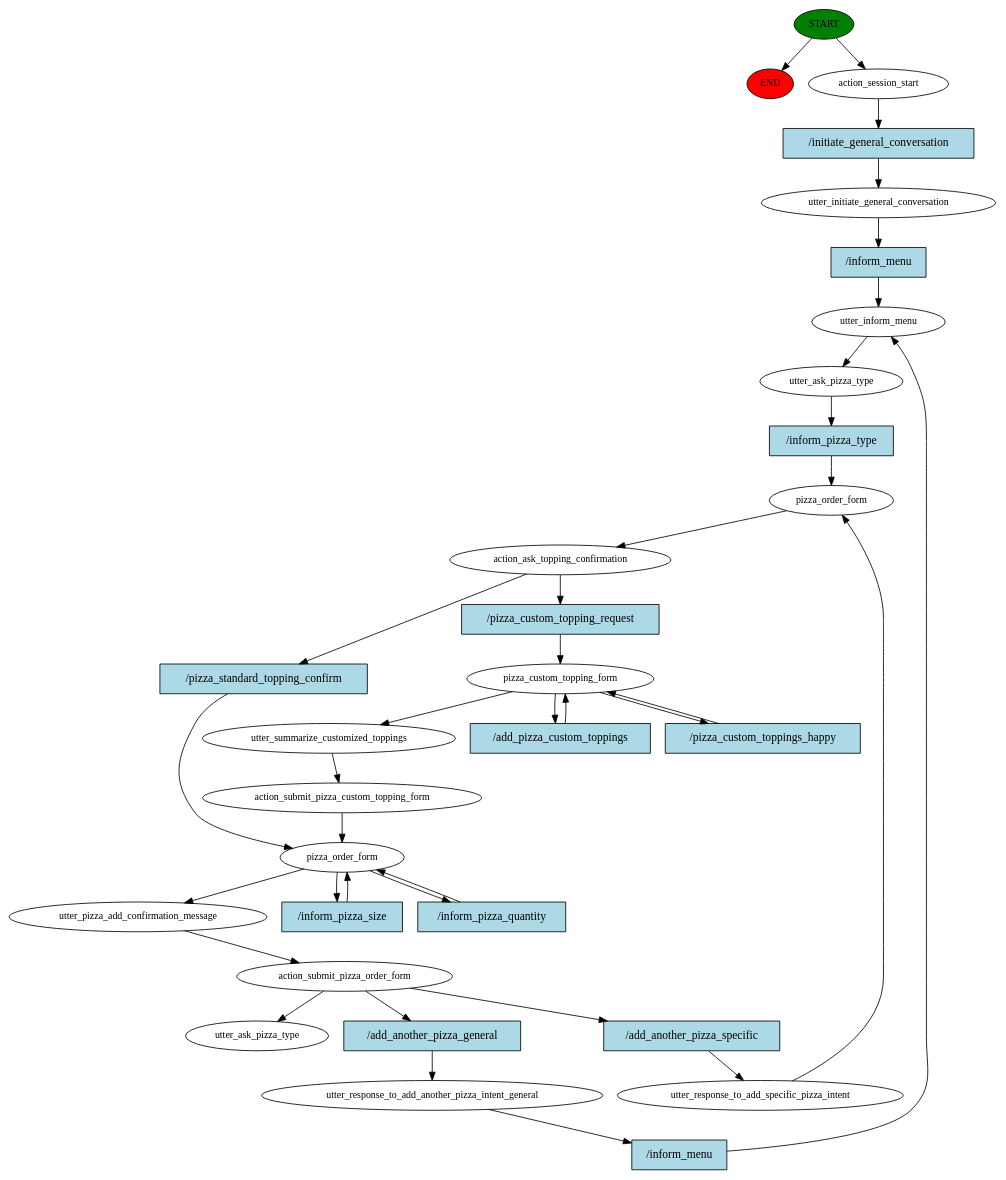
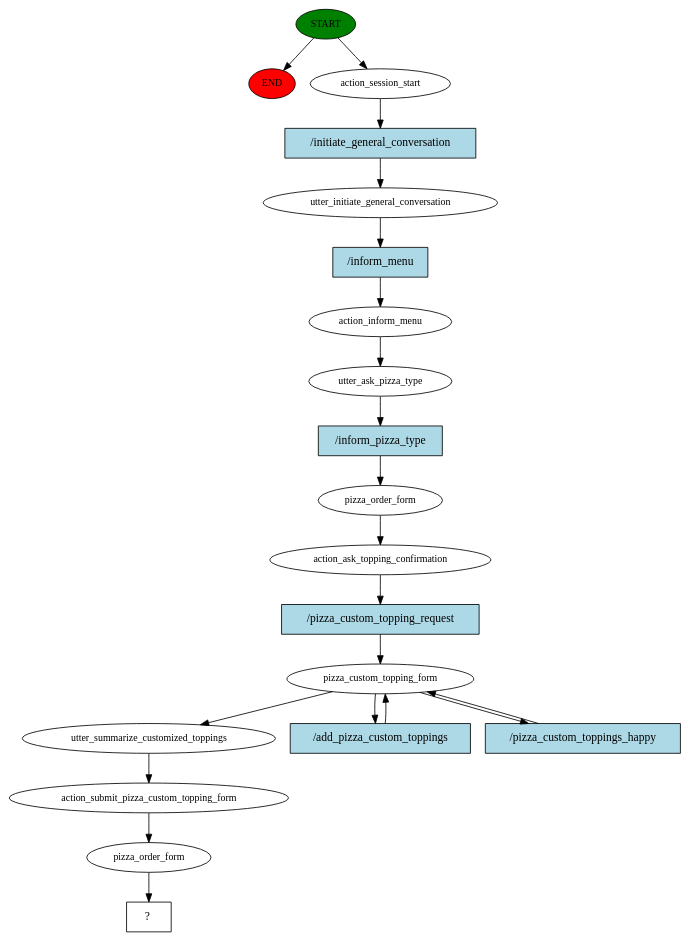
Before and after one commit to HiraAfzal9978/HMD-PizzaBot: the diagram in story_graph.dot, drawn with Graphviz. The commit also changed 5 other files, not shown here.

```diff
--- a/story_graph.dot
+++ b/story_graph.dot
@@ -1,66 +1,41 @@
 digraph  {
 0 [class="start active", fillcolor=green, fontsize=12, label=START, style=filled];
 "-1" [class=end, fillcolor=red, fontsize=12, label=END, style=filled];
 1 [class=active, fontsize=12, label=action_session_start];
 2 [class=active, fontsize=12, label=utter_initiate_general_conversation];
-3 [class=active, fontsize=12, label=utter_inform_menu];
+3 [class=active, fontsize=12, label=action_inform_menu];
 4 [class=active, fontsize=12, label=utter_ask_pizza_type];
 5 [class=active, fontsize=12, label=pizza_order_form];
 6 [class=active, fontsize=12, label=action_ask_topping_confirmation];
-7 [class=active, fontsize=12, label=pizza_order_form];
-10 [class=active, fontsize=12, label=utter_pizza_add_confirmation_message];
-11 [class=active, fontsize=12, label=action_submit_pizza_order_form];
-12 [class=active, fontsize=12, label=utter_response_to_add_another_pizza_intent_general];
-22 [class=active, fontsize=12, label=utter_response_to_add_specific_pizza_intent];
-25 [class=active, fontsize=12, label=pizza_custom_topping_form];
-29 [class=active, fontsize=12, label=utter_summarize_customized_toppings];
-30 [class=active, fontsize=12, label=action_submit_pizza_custom_topping_form];
-36 [class="dashed active", fontsize=12, label=utter_ask_pizza_type];
-37 [class="intent active", fillcolor=lightblue, label="/initiate_general_conversation", shape=rect, style=filled];
-38 [class="intent active", fillcolor=lightblue, label="/inform_menu", shape=rect, style=filled];
-39 [class="intent active", fillcolor=lightblue, label="/inform_pizza_type", shape=rect, style=filled];
-40 [class="intent active", fillcolor=lightblue, label="/pizza_standard_topping_confirm", shape=rect, style=filled];
-41 [class="intent active", fillcolor=lightblue, label="/pizza_custom_topping_request", shape=rect, style=filled];
-42 [class="intent active", fillcolor=lightblue, label="/inform_pizza_size", shape=rect, style=filled];
-43 [class="intent active", fillcolor=lightblue, label="/inform_pizza_quantity", shape=rect, style=filled];
-44 [class="intent active", fillcolor=lightblue, label="/add_another_pizza_general", shape=rect, style=filled];
-45 [class="intent active", fillcolor=lightblue, label="/add_another_pizza_specific", shape=rect, style=filled];
-46 [class="intent active", fillcolor=lightblue, label="/inform_menu", shape=rect, style=filled];
-47 [class="intent active", fillcolor=lightblue, label="/add_pizza_custom_toppings", shape=rect, style=filled];
-48 [class="intent active", fillcolor=lightblue, label="/pizza_custom_toppings_happy", shape=rect, style=filled];
+7 [class=active, fontsize=12, label=pizza_custom_topping_form];
+10 [class=active, fontsize=12, label=utter_summarize_customized_toppings];
+11 [class=active, fontsize=12, label=action_submit_pizza_custom_topping_form];
+12 [class=active, fontsize=12, label=pizza_order_form];
+13 [class="intent dashed active", label="  ?  ", shape=rect];
+14 [class="intent active", fillcolor=lightblue, label="/initiate_general_conversation", shape=rect, style=filled];
+15 [class="intent active", fillcolor=lightblue, label="/inform_menu", shape=rect, style=filled];
+16 [class="intent active", fillcolor=lightblue, label="/inform_pizza_type", shape=rect, style=filled];
+17 [class="intent active", fillcolor=lightblue, label="/pizza_custom_topping_request", shape=rect, style=filled];
+18 [class="intent active", fillcolor=lightblue, label="/add_pizza_custom_toppings", shape=rect, style=filled];
+19 [class="intent active", fillcolor=lightblue, label="/pizza_custom_toppings_happy", shape=rect, style=filled];
 0 -> "-1"  [class="", key=NONE, label=""];
 0 -> 1  [class=active, key=NONE, label=""];
-1 -> 37  [class=active, key=0];
-2 -> 38  [class=active, key=0];
+1 -> 14  [class=active, key=0];
+2 -> 15  [class=active, key=0];
 3 -> 4  [class=active, key=NONE, label=""];
-4 -> 39  [class=active, key=0];
+4 -> 16  [class=active, key=0];
 5 -> 6  [class=active, key=NONE, label=""];
-6 -> 40  [class=active, key=0];
-6 -> 41  [class=active, key=0];
+6 -> 17  [class=active, key=0];
 7 -> 10  [class=active, key=NONE, label=""];
-7 -> 42  [class=active, key=0];
-7 -> 43  [class=active, key=0];
+7 -> 18  [class=active, key=0];
+7 -> 19  [class=active, key=0];
 10 -> 11  [class=active, key=NONE, label=""];
-11 -> 36  [class=active, key=NONE, label=""];
-11 -> 44  [class=active, key=0];
-11 -> 45  [class=active, key=0];
-12 -> 46  [class=active, key=0];
-22 -> 5  [class=active, key=NONE, label=""];
-25 -> 29  [class=active, key=NONE, label=""];
-25 -> 47  [class=active, key=0];
-25 -> 48  [class=active, key=0];
-29 -> 30  [class=active, key=NONE, label=""];
-30 -> 7  [class=active, key=NONE, label=""];
-37 -> 2  [class=active, key=0];
-38 -> 3  [class=active, key=0];
-39 -> 5  [class=active, key=0];
-40 -> 7  [class=active, key=0];
-41 -> 25  [class=active, key=0];
-42 -> 7  [class=active, key=0];
-43 -> 7  [class=active, key=0];
-44 -> 12  [class=active, key=0];
-45 -> 22  [class=active, key=0];
-46 -> 3  [class=active, key=0];
-47 -> 25  [class=active, key=0];
-48 -> 25  [class=active, key=0];
+11 -> 12  [class=active, key=NONE, label=""];
+12 -> 13  [class=active, key=NONE, label=""];
+14 -> 2  [class=active, key=0];
+15 -> 3  [class=active, key=0];
+16 -> 5  [class=active, key=0];
+17 -> 7  [class=active, key=0];
+18 -> 7  [class=active, key=0];
+19 -> 7  [class=active, key=0];
 }
```
